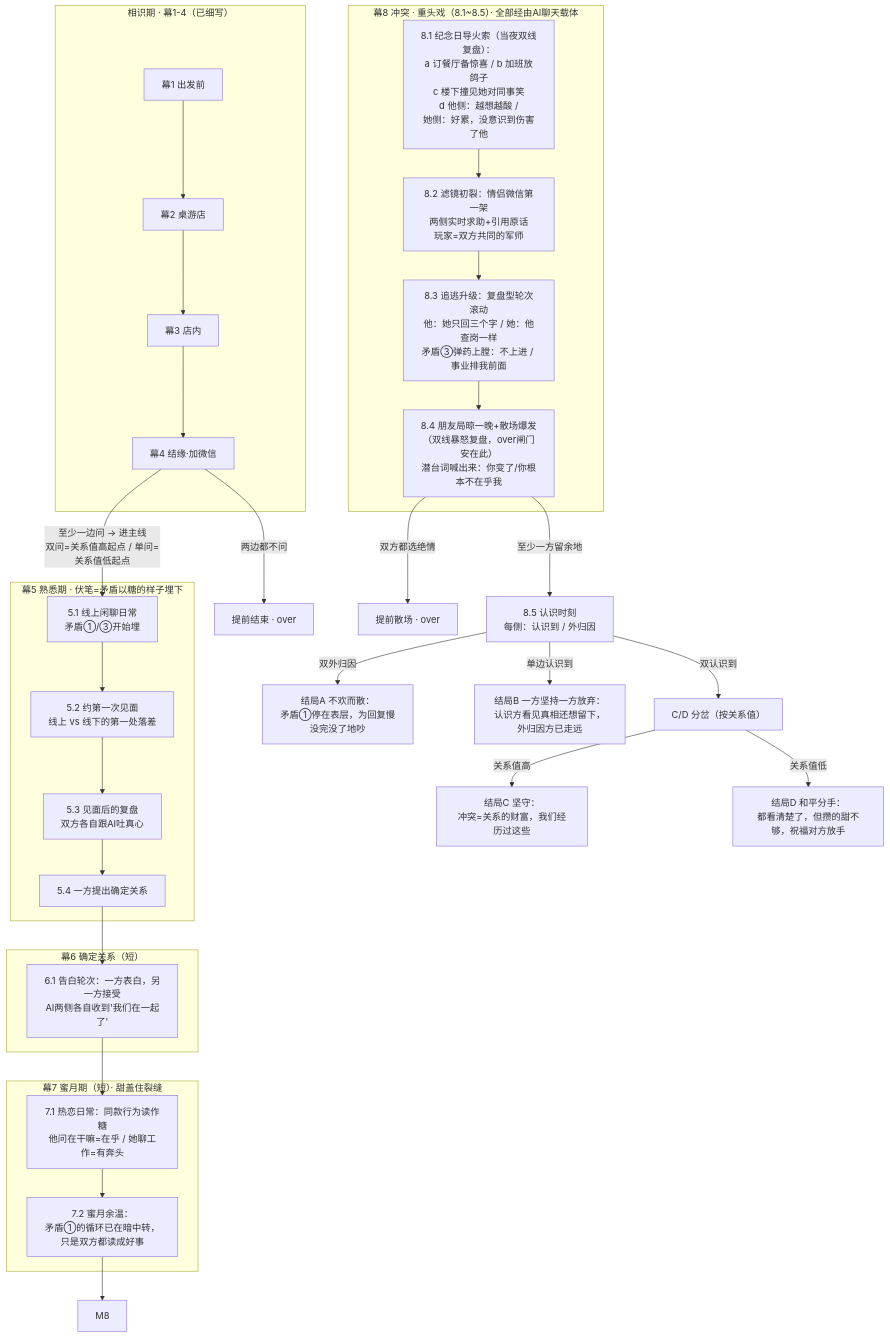
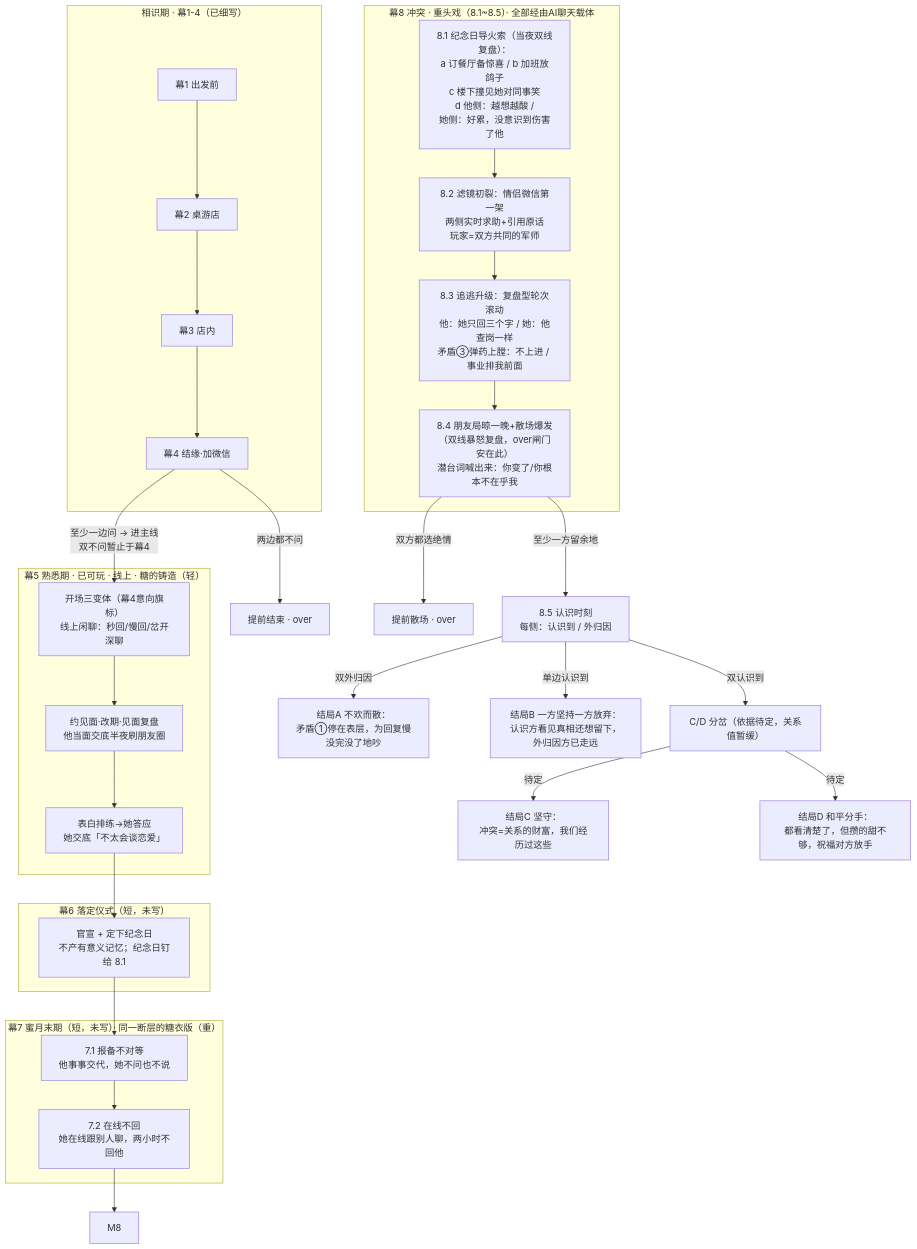
One commit to jesse20050324/Project_3 changed the first of 2 diagrams in script/outline.md. Above: the diagram before and after it, drawn with Mermaid. The commit also changed other lines of this file and 1 other file, not shown here.

````diff
--- a/script/outline.md
+++ b/script/outline.md
@@ -46,39 +47,38 @@
 ```mermaid
 flowchart TD
     subgraph ACT1["相识期 · 幕1-4（已细写）"]
         M1["幕1 出发前"] --> M2["幕2 桌游店"] --> M3["幕3 店内"] --> M4["幕4 结缘·加微信"]
     end
     M4 -->|"两边都不问"| OVER["提前结束 · over"]
-    M4 -->|"至少一边问 → 进主线<br/>双问=关系值高起点 / 单问=关系值低起点"| M5
+    M4 -->|"至少一边问 → 进主线<br/>双不问暂止于幕4"| M5
 
-    subgraph M5G["幕5 熟悉期 · 伏笔=矛盾以糖的样子埋下"]
-        M5["5.1 线上闲聊日常<br/>矛盾①/③开始埋"] --> M5b["5.2 约第一次见面<br/>线上 vs 线下的第一处落差"]
-        M5b --> M5c["5.3 见面后的复盘<br/>双方各自跟AI吐真心"]
-        M5c --> M5d["5.4 一方提出确定关系"]
+    subgraph M5G["幕5 熟悉期 · 已可玩 · 线上 · 糖的铸造（轻）"]
+        M5["开场三变体（幕4意向旗标）<br/>线上闲聊：秒回/慢回/岔开深聊"] --> M5b["约见面·改期·见面复盘<br/>他当面交底半夜刷朋友圈"]
+        M5b --> M5d["表白排练→她答应<br/>她交底「不太会谈恋爱」"]
     end
     M5d --> M6
 
-    subgraph M6G["幕6 确定关系（短）"]
-        M6["6.1 告白轮次：一方表白，另一方接受<br/>AI两侧各自收到'我们在一起了'"]
+    subgraph M6G["幕6 落定仪式（短，未写）"]
+        M6["官宣 + 定下纪念日<br/>不产有意义记忆；纪念日钉给 8.1"]
     end
     M6 --> M7
 
-    subgraph M7G["幕7 蜜月期（短）· 甜盖住裂缝"]
-        M7["7.1 热恋日常：同款行为读作糖<br/>他问在干嘛=在乎 / 她聊工作=有奔头"] --> M7b["7.2 蜜月余温：<br/>矛盾①的循环已在暗中转，只是双方都读成好事"]
+    subgraph M7G["幕7 蜜月末期（短，未写）· 同一断层的糖衣版（重）"]
+        M7["7.1 报备不对等<br/>他事事交代，她不问也不说"] --> M7b["7.2 在线不回<br/>她在线跟别人聊，两小时不回他"]
     end
     M7b --> M8
 
     subgraph M8G["幕8 冲突 · 重头戏（8.1~8.5）· 全部经由AI聊天载体"]
         M8a["8.1 纪念日导火索（当夜双线复盘）：<br/>a 订餐厅备惊喜 / b 加班放鸽子<br/>c 楼下撞见她对同事笑<br/>d 他侧：越想越酸 /<br/>她侧：好累，没意识到伤害了他"] --> M8b["8.2 滤镜初裂：情侣微信第一架<br/>两侧实时求助+引用原话<br/>玩家=双方共同的军师"]
         M8b --> M8c["8.3 追逃升级：复盘型轮次滚动<br/>他：她只回三个字 / 她：他查岗一样<br/>矛盾③弹药上膛：不上进 / 事业排我前面"]
         M8c --> M84["8.4 朋友局晾一晚+散场爆发<br/>（双线暴怒复盘，over闸门安在此）<br/>潜台词喊出来：你变了/你根本不在乎我"]
     end
     M84 -->|"双方都选绝情"| OVER2["提前散场 · over"]
     M84 -->|"至少一方留余地"| M85["8.5 认识时刻<br/>每侧：认识到 / 外归因"]
 
     M85 -->|双外归因| A["结局A 不欢而散：<br/>矛盾①停在表层，为回复慢没完没了地吵"]
     M85 -->|单边认识到| B["结局B 一方坚持一方放弃：<br/>认识方看见真相还想留下，外归因方已走远"]
-    M85 -->|双认识到| CD["C/D 分岔（按关系值）"]
-    CD -->|关系值高| C["结局C 坚守：<br/>冲突=关系的财富，我们经历过这些"]
-    CD -->|关系值低| D["结局D 和平分手：<br/>都看清楚了，但攒的甜不够，祝福对方放手"]
+    M85 -->|双认识到| CD["C/D 分岔（依据待定，关系值暂缓）"]
+    CD -->|待定| C["结局C 坚守：<br/>冲突=关系的财富，我们经历过这些"]
+    CD -->|待定| D["结局D 和平分手：<br/>都看清楚了，但攒的甜不够，祝福对方放手"]
 ```
````
